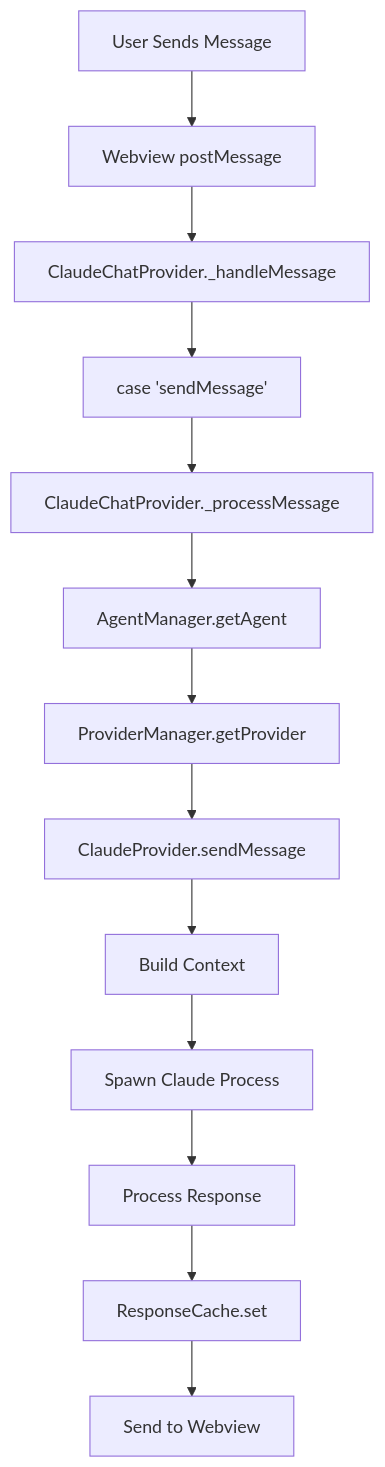
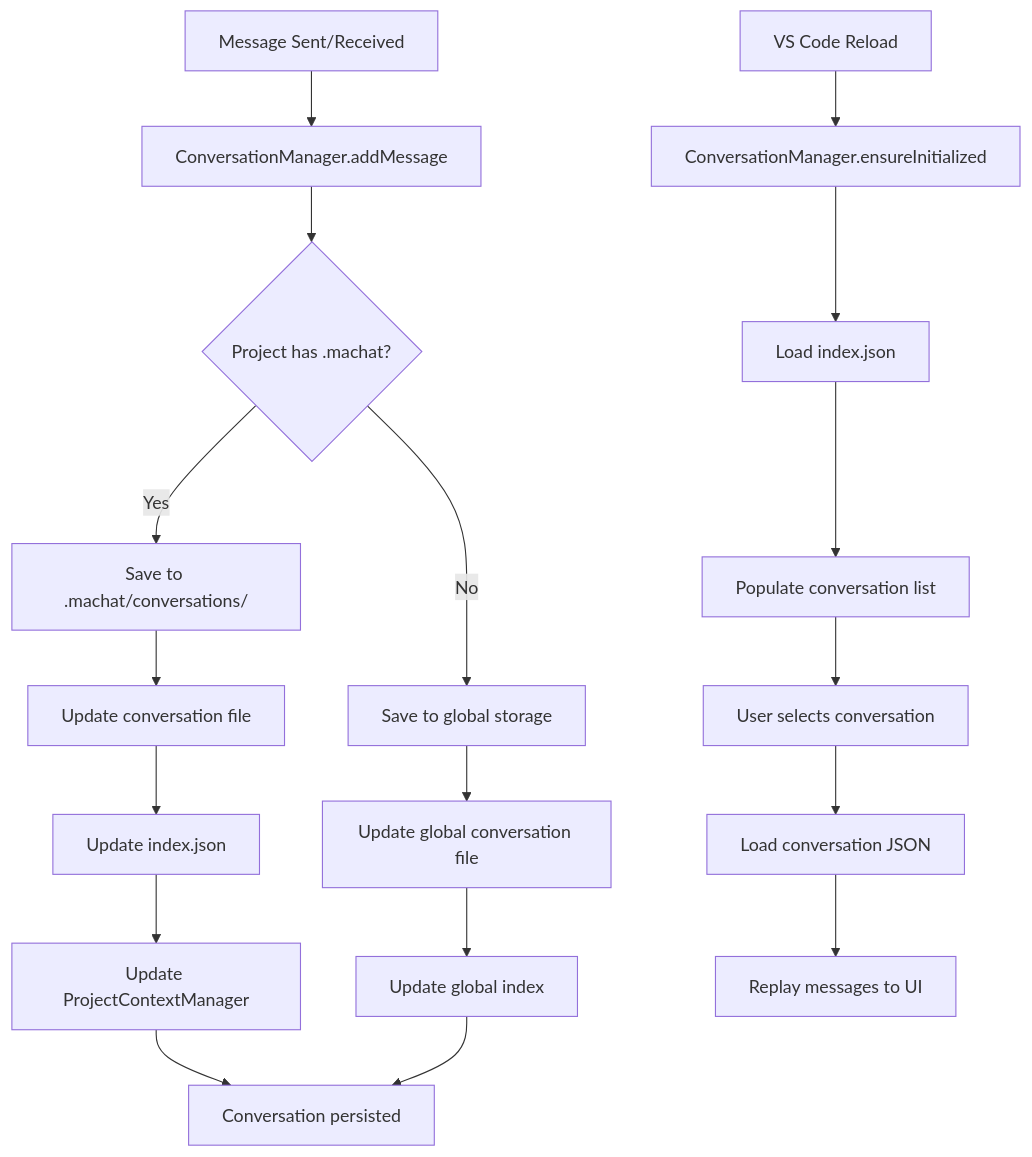
Before and after one commit to craig-yappert/multi-agent-chat-extension: the sixth of 7 diagrams in docs/CODE_FLOWS.md, drawn with Mermaid. The commit also changed other lines of this file, not shown here.

First line of the commit message:
docs: Rewrite CODE_FLOWS.md for concept-focused accuracy (v1.13.0)

````diff
--- a/docs/CODE_FLOWS.md
+++ b/docs/CODE_FLOWS.md
@@ -84,15 +270,24 @@
 ```mermaid
 graph TD
-    A[User Sends Message] --> B[Webview postMessage]
-    B --> C[ClaudeChatProvider._handleMessage]
-    C --> D[case 'sendMessage']
-    D --> E[ClaudeChatProvider._processMessage]
-    E --> F[AgentManager.getAgent]
-    F --> G[ProviderManager.getProvider]
-    G --> H[ClaudeProvider.sendMessage]
-    H --> I[Build Context]
-    I --> J[Spawn Claude Process]
-    J --> K[Process Response]
-    K --> L[ResponseCache.set]
-    L --> M[Send to Webview]
+    A[Message Sent/Received] --> B[ConversationManager.addMessage]
+    B --> C{Project has .machat?}
+    C -->|Yes| D[Save to .machat/conversations/]
+    C -->|No| E[Save to global storage]
+
+    D --> F[Update conversation file]
+    F --> G[Update index.json]
+    G --> H[Update ProjectContextManager]
+
+    E --> I[Update global conversation file]
+    I --> J[Update global index]
+
+    H --> K[Conversation persisted]
+    J --> K
+
+    L[VS Code Reload] --> M[ConversationManager.ensureInitialized]
+    M --> N[Load index.json]
+    N --> O[Populate conversation list]
+    O --> P[User selects conversation]
+    P --> Q[Load conversation JSON]
+    Q --> R[Replay messages to UI]
 ```
````
